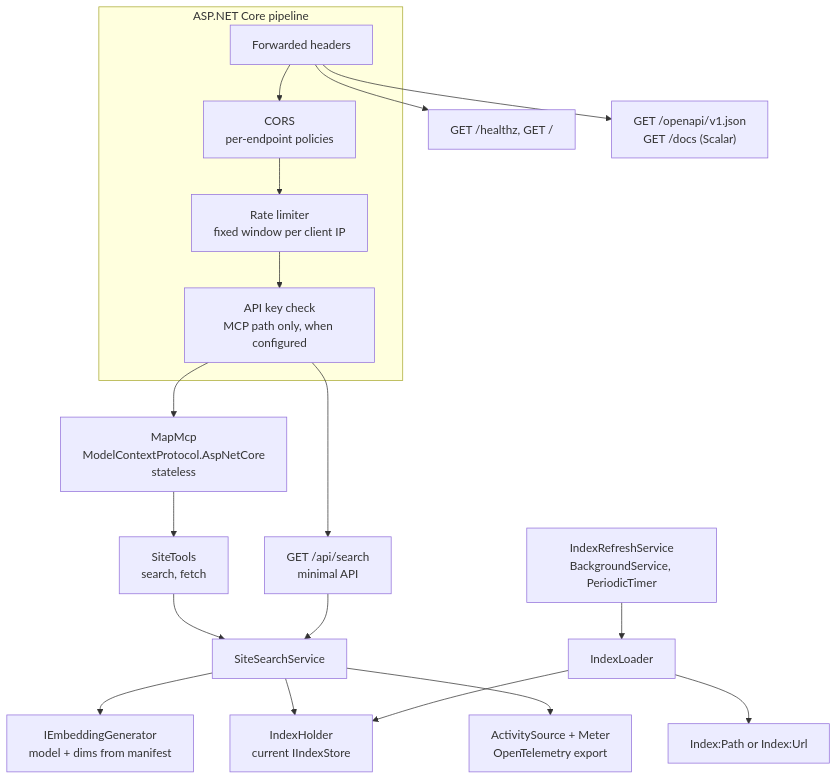
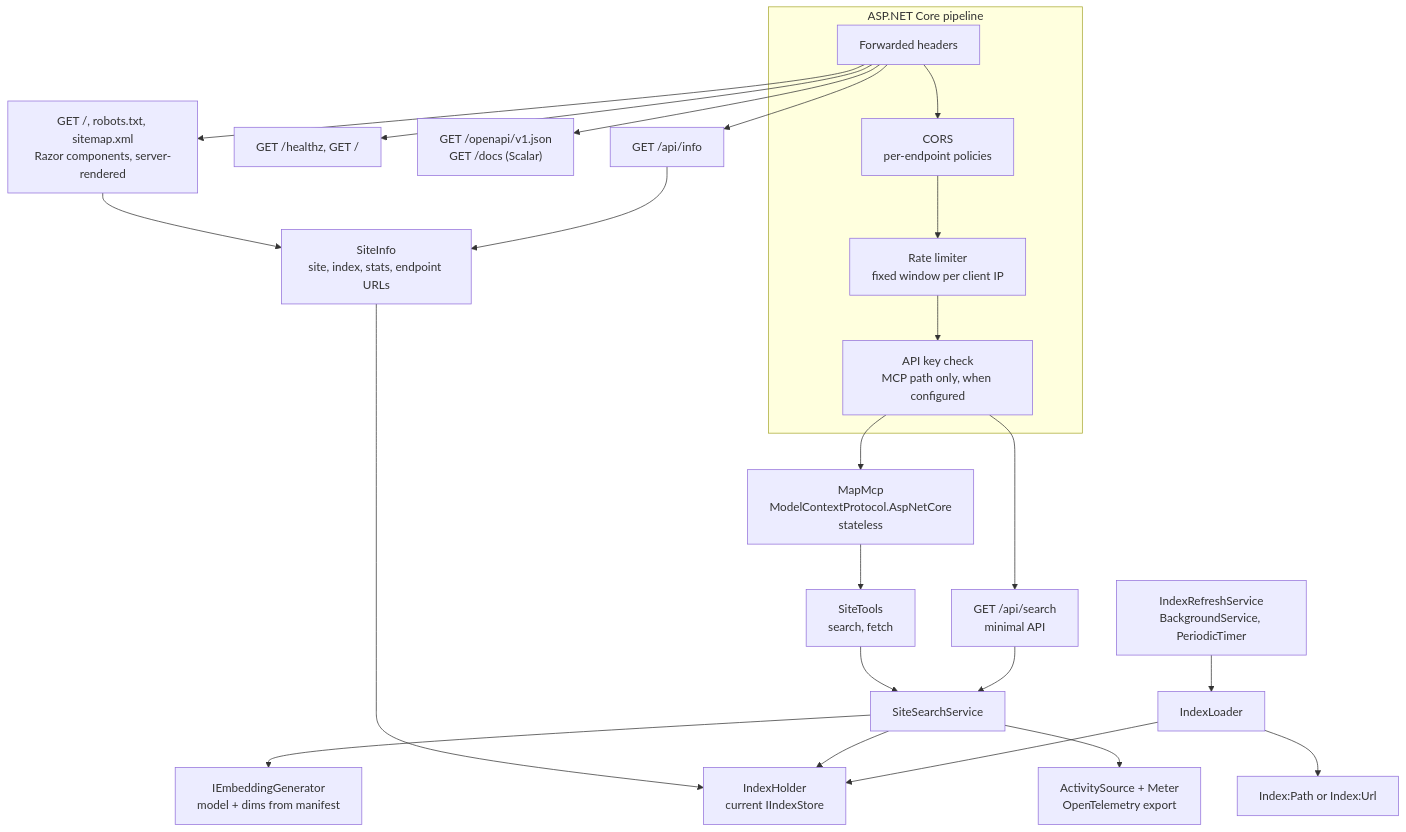
Before and after one commit to pournasserian/mcp-my-site: the ninth of 11 diagrams in docs/architecture.md, drawn with Mermaid. The commit also changed other lines of this file and 14 other files, not shown here.

Commit message:
Add server-rendered landing page, /api/info, robots.txt and sitemap

````diff
--- a/docs/architecture.md
+++ b/docs/architecture.md
@@ -329,20 +329,25 @@
 ```mermaid
 flowchart TB
     subgraph Pipeline["ASP.NET Core pipeline"]
         FH["Forwarded headers"] --> CORS["CORS<br/>per-endpoint policies"] --> RL["Rate limiter<br/>fixed window per client IP"] --> Key["API key check<br/>MCP path only, when configured"]
     end
     Key --> MCP["MapMcp<br/>ModelContextProtocol.AspNetCore<br/>stateless"]
     Key --> SAPI["GET /api/search<br/>minimal API"]
     FH --> H["GET /healthz, GET /"]
     FH --> Docs["GET /openapi/v1.json<br/>GET /docs (Scalar)"]
+    FH --> Pages["GET /, robots.txt, sitemap.xml<br/>Razor components, server-rendered"]
+    FH --> Info["GET /api/info"]
+    Pages --> SI["SiteInfo<br/>site, index, stats, endpoint URLs"]
+    Info --> SI
+    SI --> Holder
 
     MCP --> Tools["SiteTools<br/>search, fetch"]
     Tools --> SS["SiteSearchService"]
     SAPI --> SS
     SS --> Gen["IEmbeddingGenerator<br/>model + dims from manifest"]
     SS --> Holder["IndexHolder<br/>current IIndexStore"]
     Loader["IndexLoader"] --> Holder
     Refresh["IndexRefreshService<br/>BackgroundService, PeriodicTimer"] --> Loader
     Loader --> Src["Index:Path or Index:Url"]
     SS --> Tel["ActivitySource + Meter<br/>OpenTelemetry export"]
 ```
````
